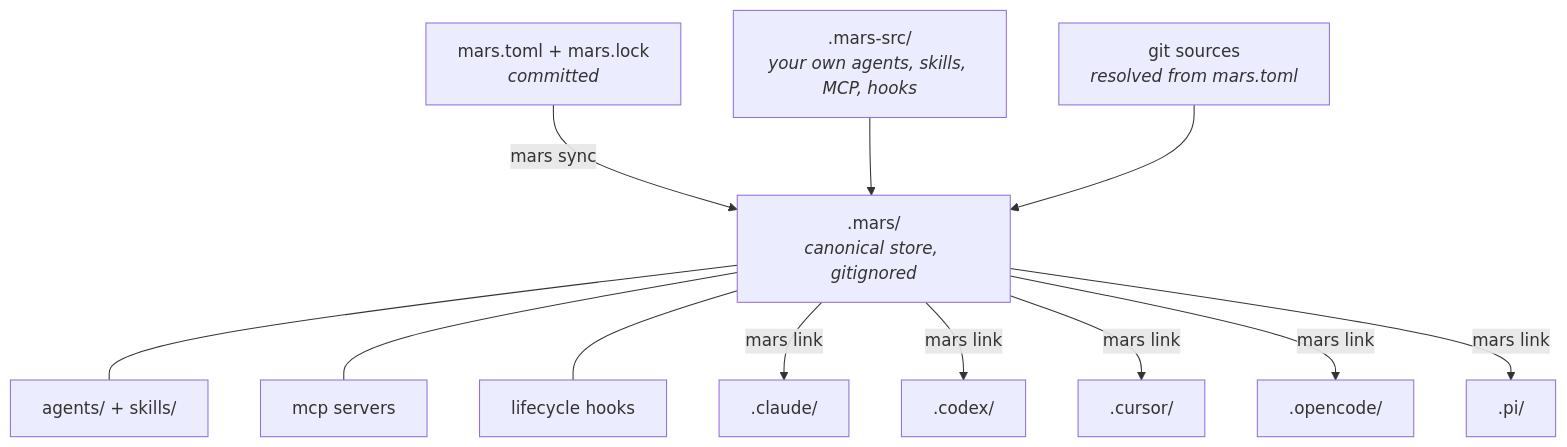
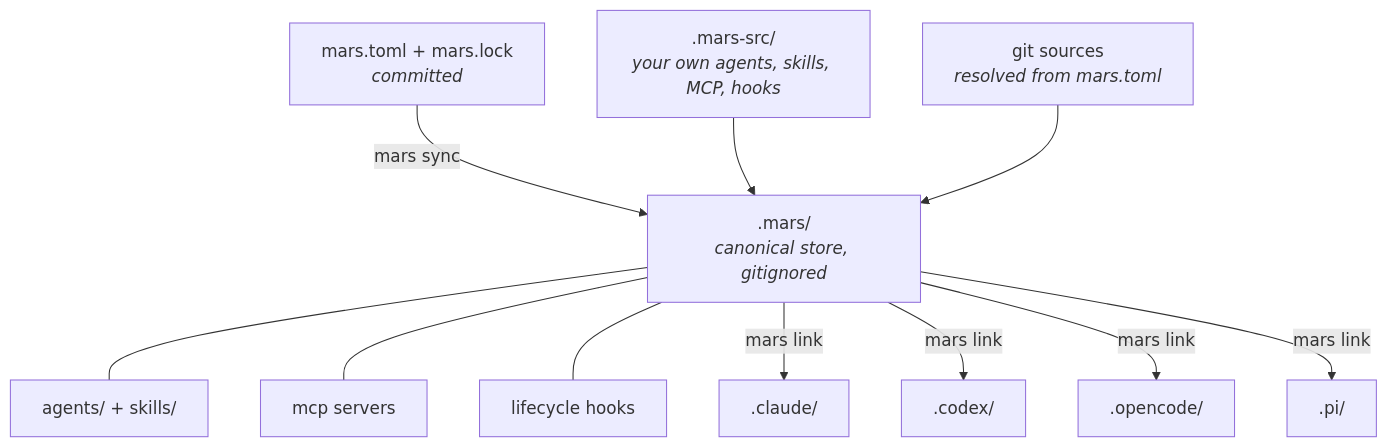
One commit to haowjy/mars-agents changed the diagram in README.md. Above: the diagram before and after it, drawn with Mermaid. The commit also changed other lines of this file and 106 other files, not shown here.

````diff
--- a/README.md
+++ b/README.md
@@ -117,31 +117,29 @@
 ```mermaid
 flowchart TD
     sources["mars.toml + mars.lock<br/><i>committed</i>"]
     local[".mars-src/<br/><i>your own agents, skills, MCP, hooks</i>"]
     git["git sources<br/><i>resolved from mars.toml</i>"]
 
     canonical[".mars/<br/><i>canonical store, gitignored</i>"]
     agents["agents/ + skills/"]
     mcp["mcp servers"]
     hooks["lifecycle hooks"]
 
     claude[".claude/"]
     codex[".codex/"]
-    cursor[".cursor/"]
     opencode[".opencode/"]
     pi[".pi/"]
 
     sources --> |mars sync| canonical
     local --> canonical
     git --> canonical
 
     canonical --- agents
     canonical --- mcp
     canonical --- hooks
 
     canonical --> |mars link| claude
     canonical --> |mars link| codex
-    canonical --> |mars link| cursor
     canonical --> |mars link| opencode
     canonical --> |mars link| pi
 ```
````
